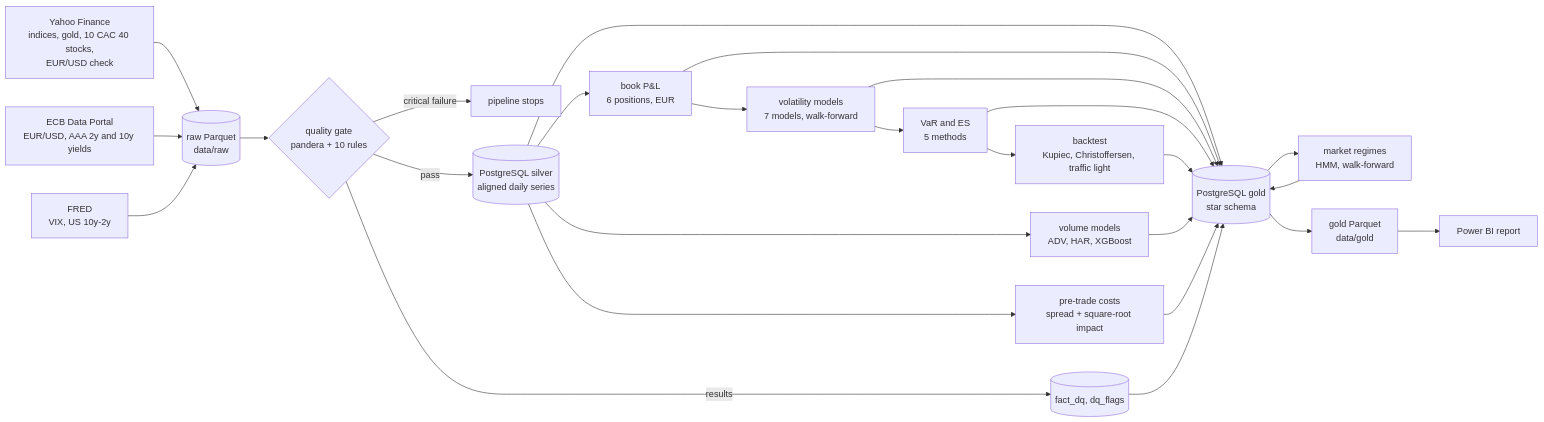
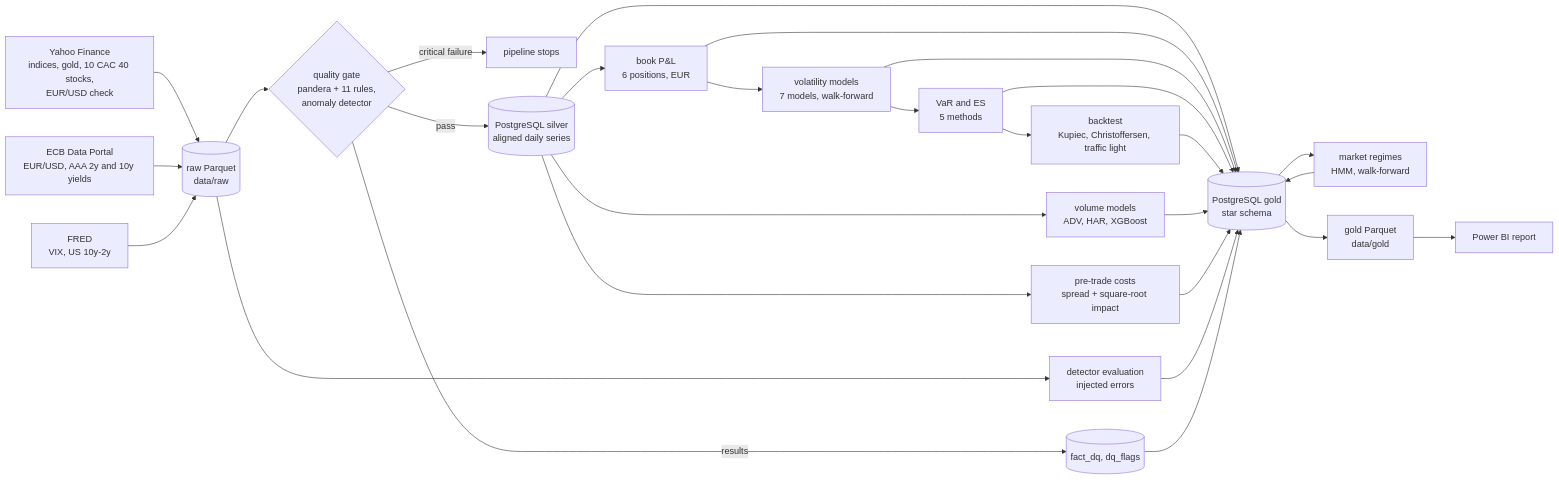
One commit to MedChahb/market_risk_monitor changed the diagram in README.md. Above: the diagram before and after it, drawn with Mermaid. The commit also changed other lines of this file and 2 other files, not shown here.

Commit message:
Describe the anomaly detector in the README

````diff
--- a/README.md
+++ b/README.md
@@ -11,28 +11,30 @@
 ```mermaid
 flowchart LR
     Y[Yahoo Finance<br/>indices, gold, 10 CAC 40 stocks,<br/>EUR/USD check] --> R[(raw Parquet<br/>data/raw)]
     E[ECB Data Portal<br/>EUR/USD, AAA 2y and 10y yields] --> R
     F[FRED<br/>VIX, US 10y-2y] --> R
-    R --> Q{quality gate<br/>pandera + 10 rules}
+    R --> Q{quality gate<br/>pandera + 11 rules,<br/>anomaly detector}
     Q -->|critical failure| X[pipeline stops]
     Q -->|results| DQ[(fact_dq, dq_flags)]
     Q -->|pass| S[(PostgreSQL silver<br/>aligned daily series)]
     S --> G[(PostgreSQL gold<br/>star schema)]
     S --> B[book P&L<br/>6 positions, EUR]
     B --> G
     B --> V[volatility models<br/>7 models, walk-forward]
     V --> G
     V --> VR[VaR and ES<br/>5 methods]
     VR --> G
     VR --> BT[backtest<br/>Kupiec, Christoffersen, traffic light]
     BT --> G
     S --> VM[volume models<br/>ADV, HAR, XGBoost]
     VM --> G
     S --> C[pre-trade costs<br/>spread + square-root impact]
     C --> G
     G --> MR[market regimes<br/>HMM, walk-forward]
     MR --> G
+    R --> AE[detector evaluation<br/>injected errors]
+    AE --> G
     DQ --> G
     G --> P[gold Parquet<br/>data/gold]
     P --> BI[Power BI report]
 ```
````
